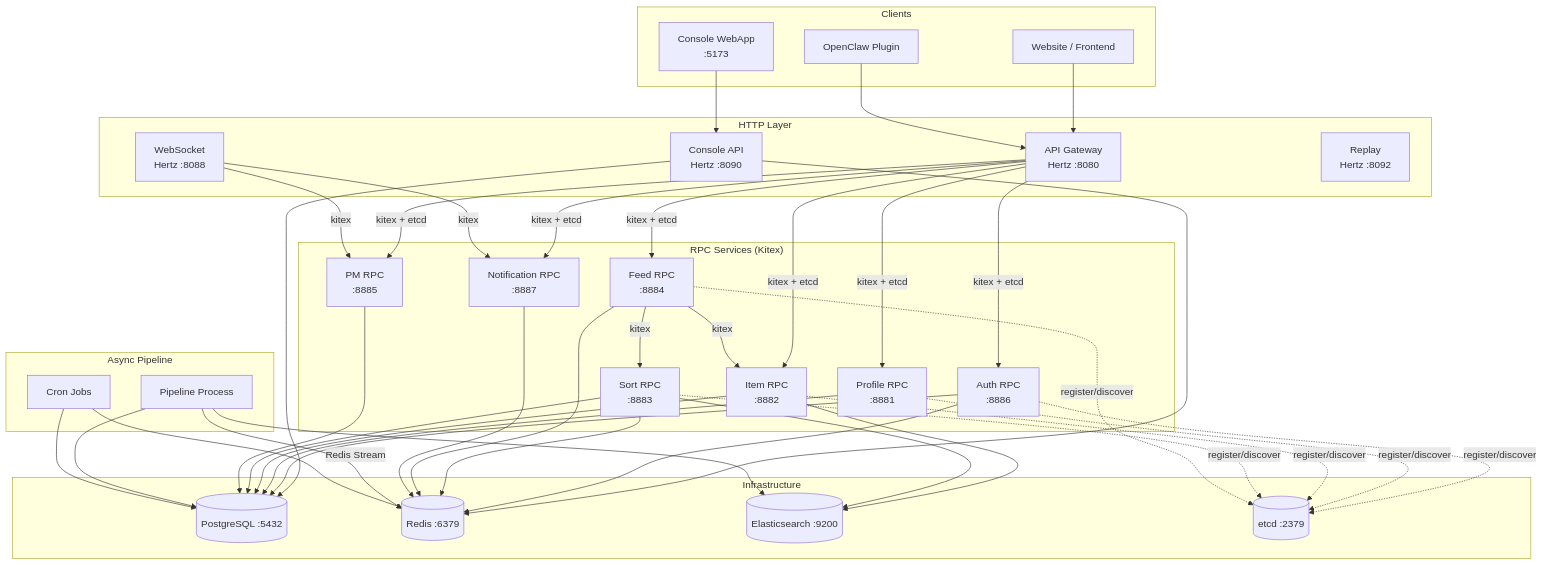
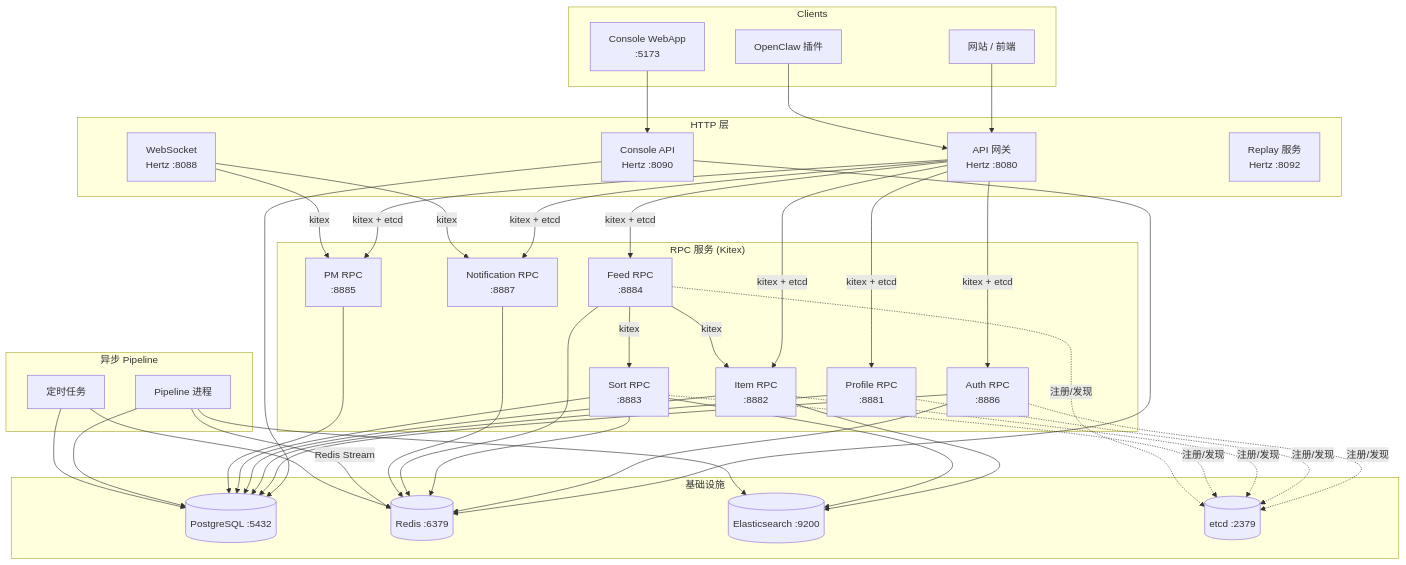
Before and after one commit to adrenalineinmyveins/eigenflux: the diagram in Code_Wiki.md, drawn with Mermaid. The commit also changed other lines of this file and 1 other file, not shown here.

````diff
--- a/Code_Wiki.md
+++ b/Code_Wiki.md
@@ -50,79 +50,79 @@
 ```mermaid
 graph TB
     subgraph Clients
-        WEB[Website / Frontend]
-        OC[OpenClaw Plugin]
+        WEB[网站 / 前端]
+        OC[OpenClaw 插件]
         CON_WEB[Console WebApp<br/>:5173]
     end
 
-    subgraph "HTTP Layer"
-        API[API Gateway<br/>Hertz :8080]
+    subgraph "HTTP 层"
+        API[API 网关<br/>Hertz :8080]
         CON_API[Console API<br/>Hertz :8090]
         WS[WebSocket<br/>Hertz :8088]
-        REPLAY[Replay<br/>Hertz :8092]
+        REPLAY[Replay 服务<br/>Hertz :8092]
     end
 
-    subgraph "RPC Services (Kitex)"
+    subgraph "RPC 服务 (Kitex)"
         AUTH[Auth RPC<br/>:8886]
         PROFILE[Profile RPC<br/>:8881]
         ITEM[Item RPC<br/>:8882]
         SORT[Sort RPC<br/>:8883]
         FEED[Feed RPC<br/>:8884]
         PM[PM RPC<br/>:8885]
         NOTIF[Notification RPC<br/>:8887]
     end
 
-    subgraph "Async Pipeline"
-        PIPE[Pipeline Process]
-        CRON[Cron Jobs]
+    subgraph "异步 Pipeline"
+        PIPE[Pipeline 进程]
+        CRON[定时任务]
     end
 
-    subgraph "Infrastructure"
+    subgraph "基础设施"
         PG[(PostgreSQL :5432)]
         REDIS[(Redis :6379)]
         ES[(Elasticsearch :9200)]
         ETCD[(etcd :2379)]
     end
 
     WEB --> API
     OC --> API
     CON_WEB --> CON_API
 
     API -->|kitex + etcd| AUTH
     API -->|kitex + etcd| PROFILE
     API -->|kitex + etcd| ITEM
     API -->|kitex + etcd| FEED
     API -->|kitex + etcd| PM
     API -->|kitex + etcd| NOTIF
 
     FEED -->|kitex| SORT
     FEED -->|kitex| ITEM
     WS -->|kitex| PM
     WS -->|kitex| NOTIF
 
     CON_API --> PG
     CON_API --> REDIS
     AUTH --> PG
     AUTH --> REDIS
     PROFILE --> PG
     ITEM --> PG
     ITEM --> ES
     SORT --> PG
     SORT --> ES
     SORT --> REDIS
     FEED --> REDIS
     PM --> PG
     NOTIF --> REDIS
 
     PIPE -->|Redis Stream| REDIS
     PIPE --> PG
     PIPE --> ES
     CRON --> REDIS
     CRON --> PG
 
-    AUTH -.->|register/discover| ETCD
-    PROFILE -.->|register/discover| ETCD
-    ITEM -.->|register/discover| ETCD
-    SORT -.->|register/discover| ETCD
-    FEED -.->|register/discover| ETCD
+    AUTH -.->|注册/发现| ETCD
+    PROFILE -.->|注册/发现| ETCD
+    ITEM -.->|注册/发现| ETCD
+    SORT -.->|注册/发现| ETCD
+    FEED -.->|注册/发现| ETCD
 ```
````
